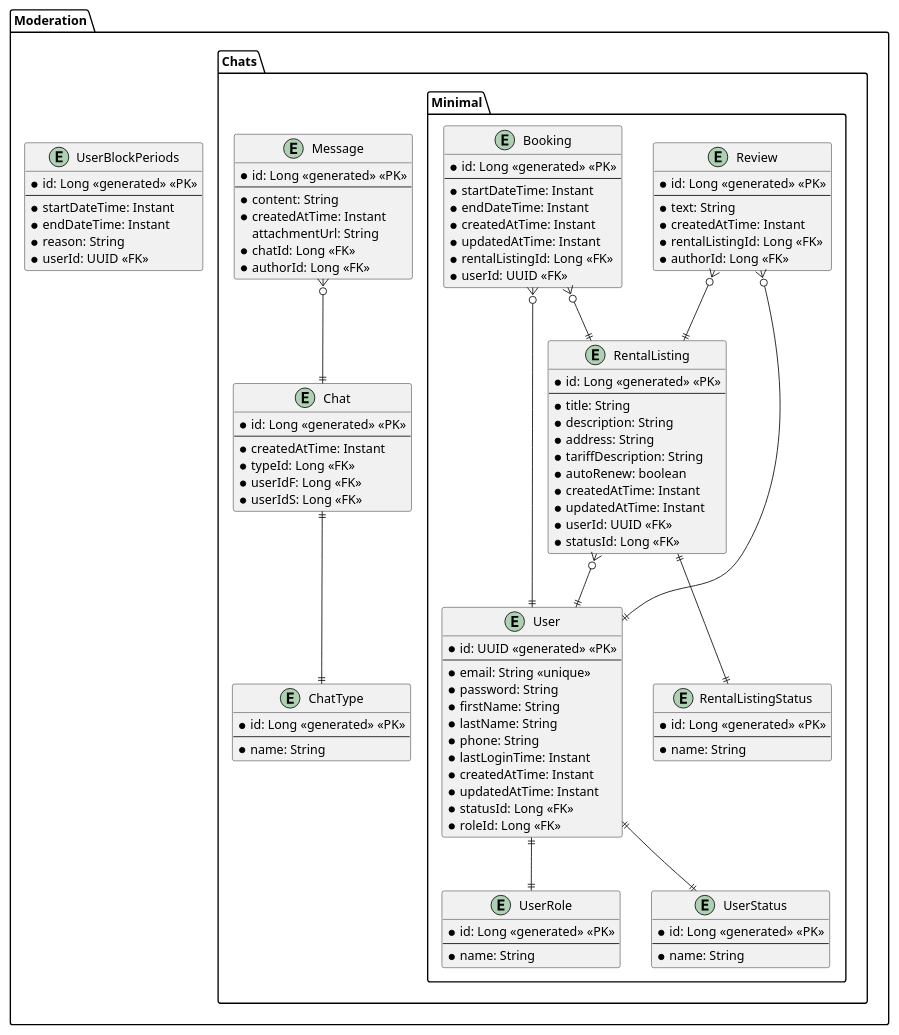
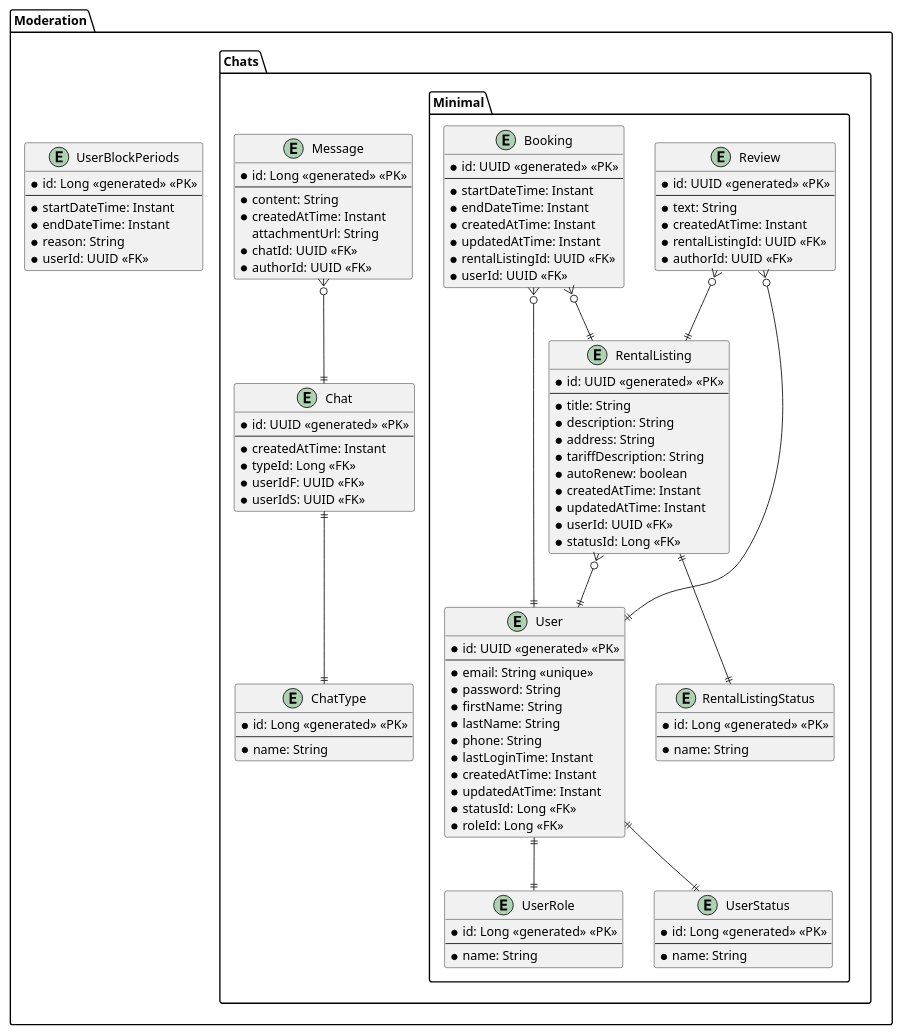
Before and after one commit to ruska112x/rentify-diploma: the diagram in misc/database.puml, drawn with PlantUML.

Commit message:
fix: ids for public entities

```diff
--- a/misc/database.puml
+++ b/misc/database.puml
@@ -1,143 +1,143 @@
 @startuml database
 allow_mixing
 
 scale max 1920 width
 scale max 1080 height
 
 left to right direction
 top to bottom direction
 
 
 package "Moderation" {
   package "Chats" {
     package "Minimal" {
       entity "User" as user {
         * id: UUID <<generated>> <<PK>>
         ---
         * email: String <<unique>>
         * password: String
         * firstName: String
         * lastName: String
         * phone: String
         * lastLoginTime: Instant
         * createdAtTime: Instant
         * updatedAtTime: Instant
         * statusId: Long <<FK>>
         * roleId: Long <<FK>>
       }
 
       ' USER, ADMIN, MODERATOR
       entity "UserRole" as userRole {
         * id: Long <<generated>> <<PK>>
         ---
         * name: String
       }
 
       ' ACTIVE, BLOCKED, DELETED
       entity "UserStatus" as userStatus {
         * id: Long <<generated>> <<PK>>
         ---
         * name: String
       }
 
       entity "RentalListing" as rentalListing {
-        * id: Long <<generated>> <<PK>>
+        * id: UUID <<generated>> <<PK>>
         ---
         * title: String
         * description: String
         * address: String
         * tariffDescription: String
         * autoRenew: boolean
         * createdAtTime: Instant
         * updatedAtTime: Instant
         * userId: UUID <<FK>>
         * statusId: Long <<FK>>
       }
 
       ' ACTIVE, BLOCKED, ONDELETION, DELETED
       entity "RentalListingStatus" as rentalListingStatus {
         * id: Long <<generated>> <<PK>>
         ---
         * name: String
       }
 
       entity "Booking" as booking {
-        * id: Long <<generated>> <<PK>>
+        * id: UUID <<generated>> <<PK>>
         ---
         * startDateTime: Instant
         * endDateTime: Instant
         * createdAtTime: Instant
         * updatedAtTime: Instant
-        * rentalListingId: Long <<FK>>
+        * rentalListingId: UUID <<FK>>
         * userId: UUID <<FK>>
       }
 
       entity "Review" as review {
-        * id: Long <<generated>> <<PK>>
+        * id: UUID <<generated>> <<PK>>
         ---
         * text: String
         * createdAtTime: Instant
-        * rentalListingId: Long <<FK>>
-        * authorId: Long <<FK>>
+        * rentalListingId: UUID <<FK>>
+        * authorId: UUID <<FK>>
       }
 
       user ||--|| userRole
       user ||--|| userStatus
 
       rentalListing }o--|| user
       rentalListing ||--|| rentalListingStatus
 
       booking }o--|| rentalListing
       booking }o--|| user
 
       review }o--|| user
       review }o--|| rentalListing
     }
 
     entity "Chat" as chat {
-      * id: Long <<generated>> <<PK>>
+      * id: UUID <<generated>> <<PK>>
       ---
       * createdAtTime: Instant
       * typeId: Long <<FK>>
-      * userIdF: Long <<FK>>
-      * userIdS: Long <<FK>>
+      * userIdF: UUID <<FK>>
+      * userIdS: UUID <<FK>>
     }
 
     entity "ChatType" as chatType {
       * id: Long <<generated>> <<PK>>
       ---
       * name: String
     }
 
     entity "Message" as message {
       * id: Long <<generated>> <<PK>>
       ---
       * content: String
       * createdAtTime: Instant
       attachmentUrl: String
-      * chatId: Long <<FK>>
-      * authorId: Long <<FK>>
+      * chatId: UUID <<FK>>
+      * authorId: UUID <<FK>>
     }
 
     ' chat }o--|| user
     ' chat }o--|| user
     chat ||--|| chatType
 
     message }o--|| chat
     ' message }o--|| user
   }
 
   entity "UserBlockPeriods" as userBlockPeriods {
     * id: Long <<generated>> <<PK>>
     ---
     * startDateTime: Instant
     * endDateTime: Instant
     * reason: String
     * userId: UUID <<FK>>
   }
 
   ' userBlockPeriods }o--|| user
 }
 
 
 @enduml
```
